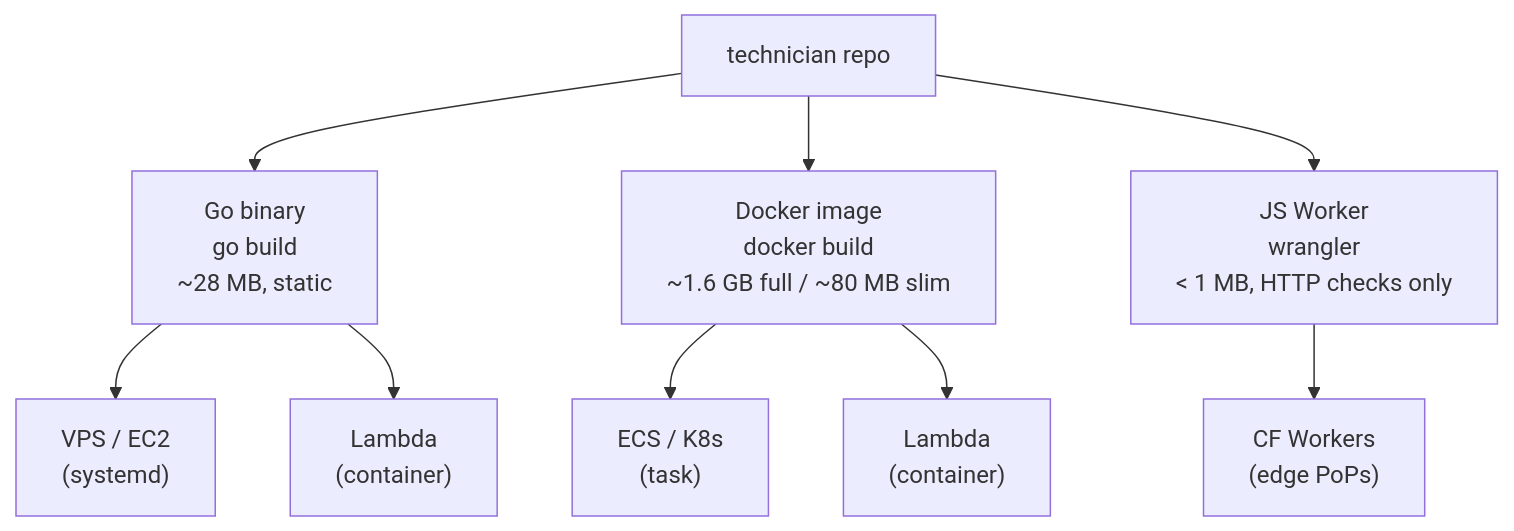
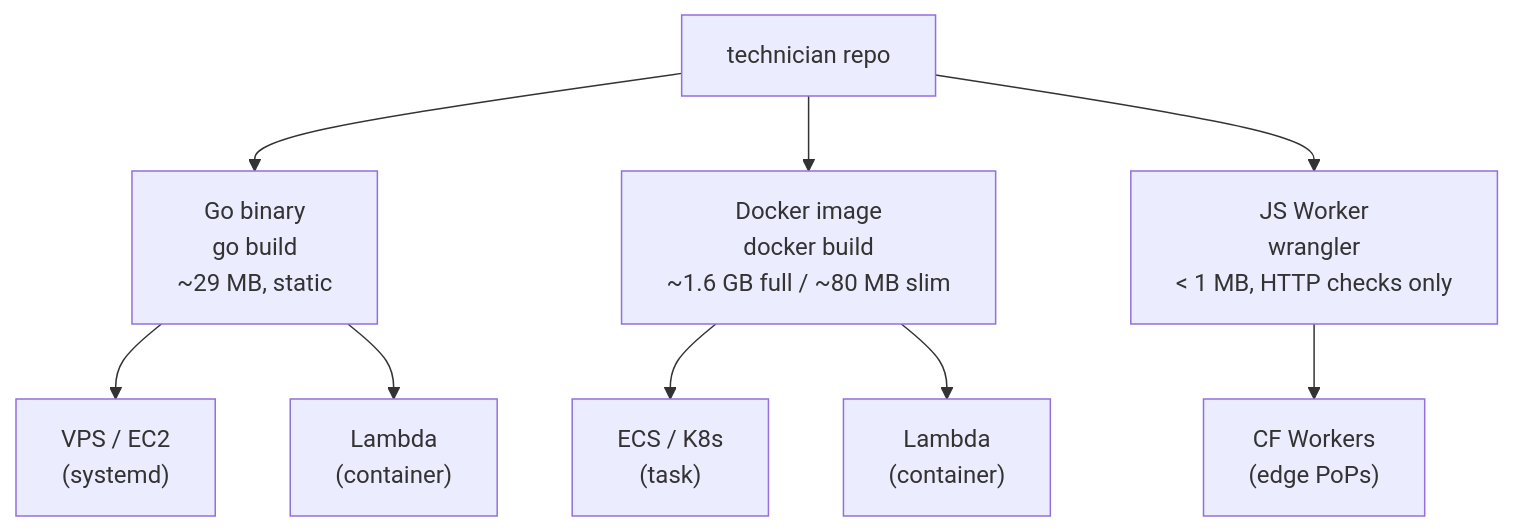
One commit to jesseheady/technician changed the second of 3 diagrams in docs/deployment-sizing.md. Above: the diagram before and after it, drawn with Mermaid. The commit also changed other lines of this file and 6 other files, not shown here.

````diff
--- a/docs/deployment-sizing.md
+++ b/docs/deployment-sizing.md
@@ -171,12 +171,12 @@
 ```mermaid
 graph TD
-    R["technician repo"] --> B["Go binary<br/>go build<br/>~28 MB, static"]
+    R["technician repo"] --> B["Go binary<br/>go build<br/>~29 MB, static"]
     R --> D["Docker image<br/>docker build<br/>~1.6 GB full / ~80 MB slim"]
     R --> J["JS Worker<br/>wrangler<br/>< 1 MB, HTTP checks only"]
 
     B --> VPS["VPS / EC2<br/>(systemd)"]
     B --> LAM1["Lambda<br/>(container)"]
     D --> ECS["ECS / K8s<br/>(task)"]
     D --> LAM2["Lambda<br/>(container)"]
     J --> CF["CF Workers<br/>(edge PoPs)"]
 ```
````
